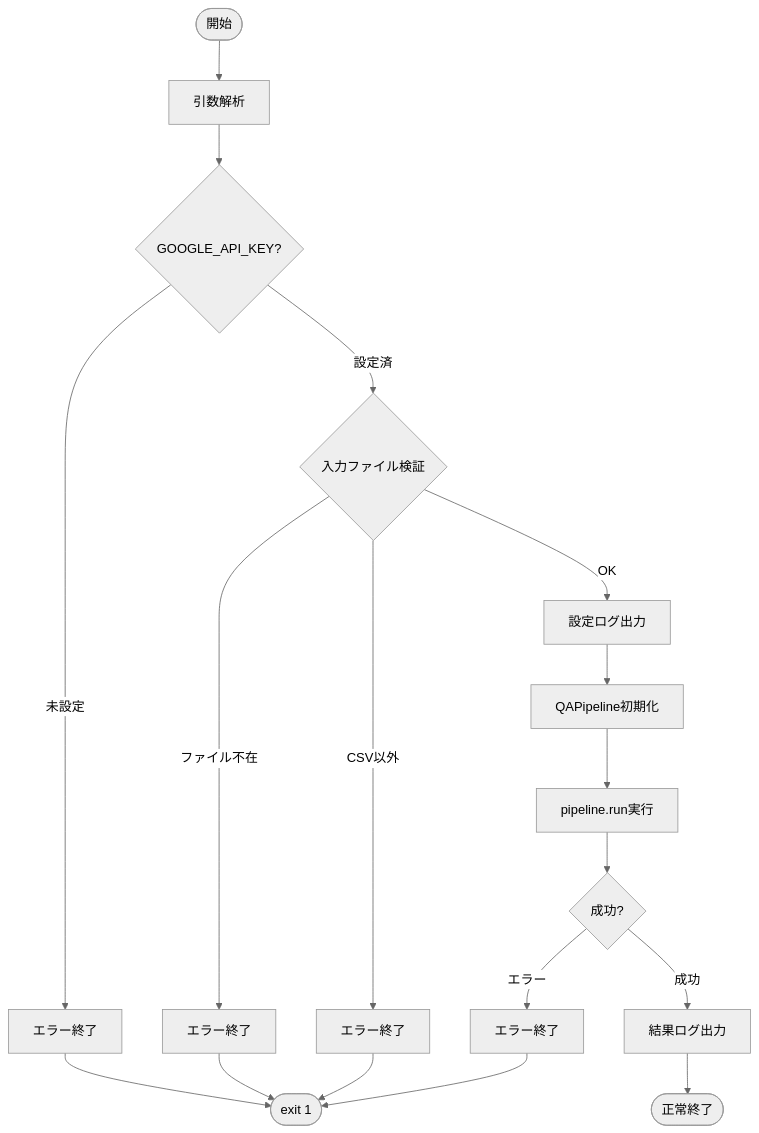
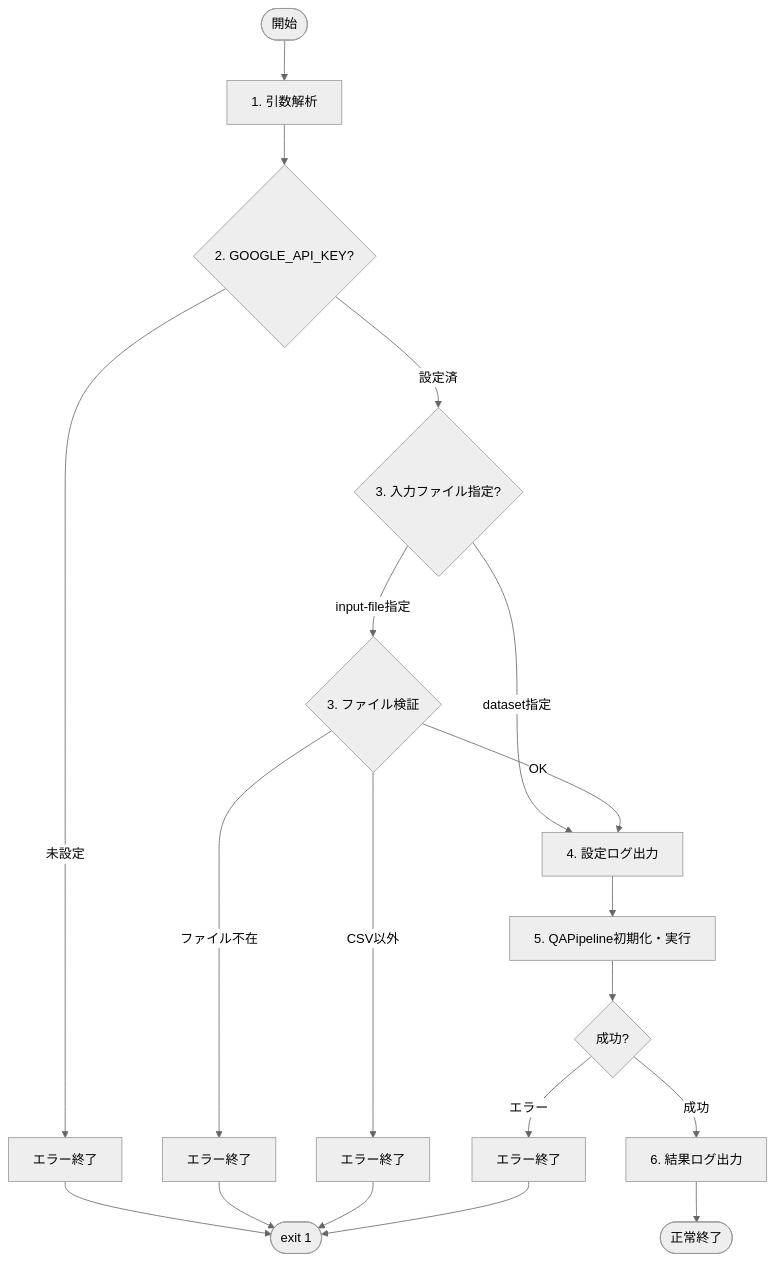
The fourth of 4 diagrams in qa_qdrant/doc/make_qa.md (nakashima2toshio/gemini_grace_agent), drawn with Mermaid (neutral theme) before and after one commit. The commit also changed other lines of this file and 24 other files, not shown here.

````diff
--- a/qa_qdrant/doc/make_qa.md
+++ b/qa_qdrant/doc/make_qa.md
@@ -343,24 +372,26 @@
 ```mermaid
 flowchart TD
-    START([開始]) --> PARSE[引数解析]
-    PARSE --> CHECK_KEY{GOOGLE_API_KEY?}
+    START([開始]) --> PARSE[1. 引数解析]
+    PARSE --> CHECK_KEY{2. GOOGLE_API_KEY?}
     CHECK_KEY -->|未設定| ERROR1[エラー終了]
-    CHECK_KEY -->|設定済| CHECK_INPUT{入力ファイル検証}
+    CHECK_KEY -->|設定済| CHECK_FILE{3. 入力ファイル指定?}
 
-    CHECK_INPUT -->|ファイル不在| ERROR2[エラー終了]
-    CHECK_INPUT -->|CSV以外| ERROR3[エラー終了]
-    CHECK_INPUT -->|OK| LOG_CONFIG[設定ログ出力]
+    CHECK_FILE -->|dataset指定| LOG_CONFIG[4. 設定ログ出力]
+    CHECK_FILE -->|input-file指定| VALIDATE_FILE{3. ファイル検証}
 
-    LOG_CONFIG --> INIT[QAPipeline初期化]
-    INIT --> RUN[pipeline.run実行]
-    RUN --> CHECK_RESULT{成功?}
+    VALIDATE_FILE -->|ファイル不在| ERROR2[エラー終了]
+    VALIDATE_FILE -->|CSV以外| ERROR3[エラー終了]
+    VALIDATE_FILE -->|OK| LOG_CONFIG
+
+    LOG_CONFIG --> INIT[5. QAPipeline初期化・実行]
+    INIT --> CHECK_RESULT{成功?}
 
     CHECK_RESULT -->|エラー| ERROR4[エラー終了]
-    CHECK_RESULT -->|成功| LOG_RESULT[結果ログ出力]
+    CHECK_RESULT -->|成功| LOG_RESULT[6. 結果ログ出力]
     LOG_RESULT --> END([正常終了])
 
     ERROR1 --> EXIT1([exit 1])
     ERROR2 --> EXIT1
     ERROR3 --> EXIT1
     ERROR4 --> EXIT1
 ```
````
